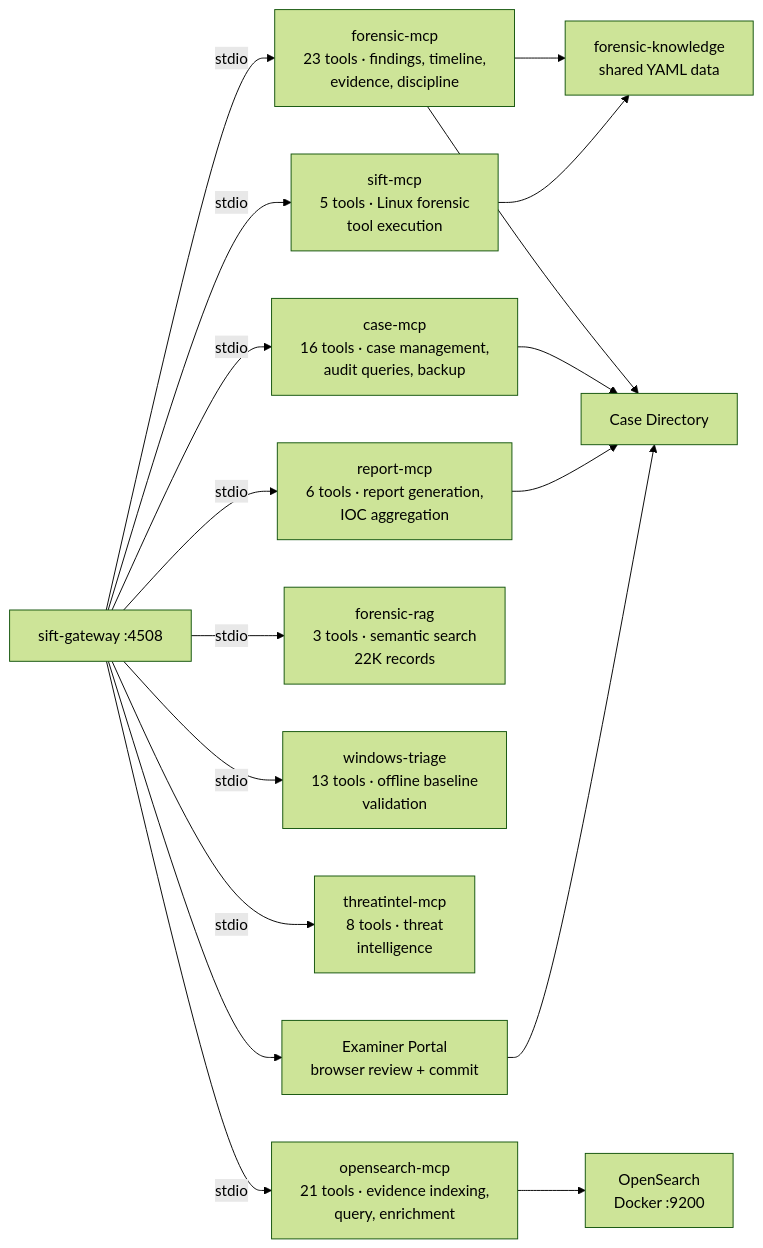
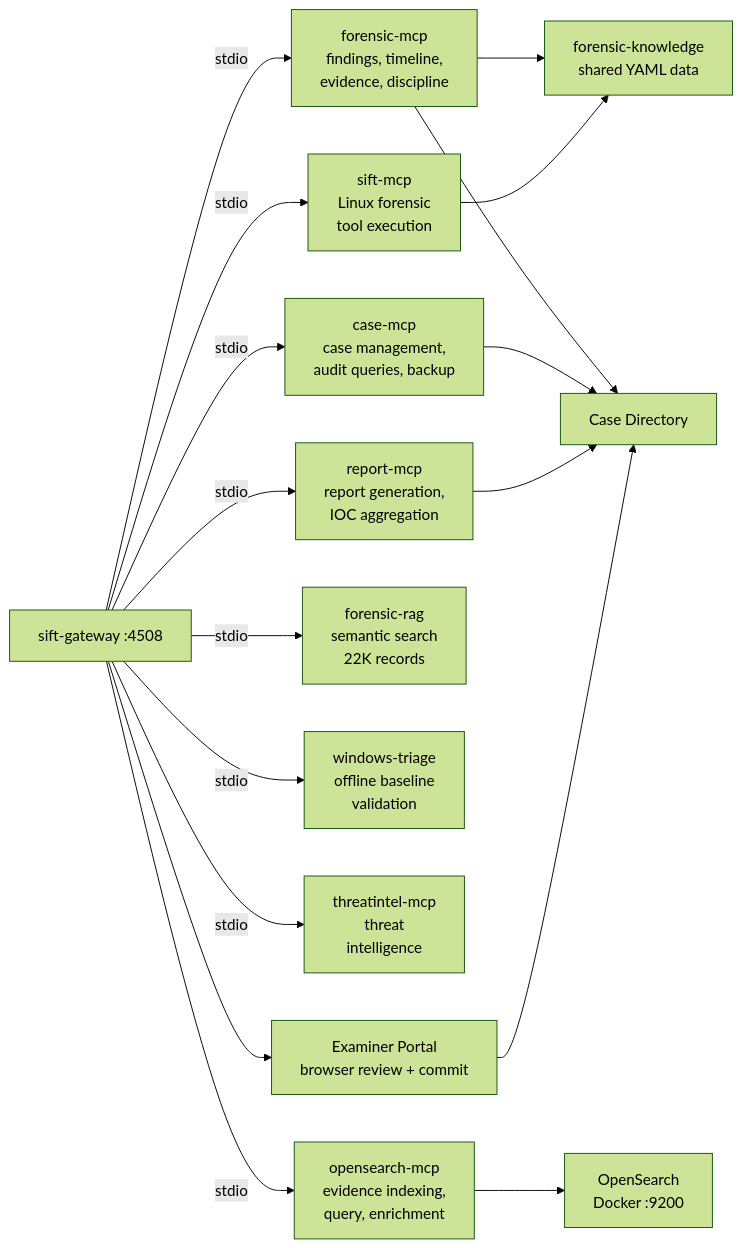
Before and after one commit to AppliedIR/Valhuntir: the second of 6 diagrams in README.md, drawn with Mermaid (forest theme). The commit also changed other lines of this file and 8 other files, not shown here.

Commit message:
Docs: drop tool counts, correct setup and portal commands, add updating and indexing reference

````diff
--- a/README.md
+++ b/README.md
@@ -116,34 +116,34 @@
 ```mermaid
 graph LR
     GW["sift-gateway :4508"]
 
-    FM["forensic-mcp<br/>23 tools · findings, timeline,<br/>evidence, discipline"]
-    CM["case-mcp<br/>16 tools · case management,<br/>audit queries, backup"]
-    RM["report-mcp<br/>6 tools · report generation,<br/>IOC aggregation"]
-    SM["sift-mcp<br/>5 tools · Linux forensic<br/>tool execution"]
-    RAG["forensic-rag<br/>3 tools · semantic search<br/>22K records"]
-    WT["windows-triage<br/>13 tools · offline baseline<br/>validation"]
-    OC["threatintel-mcp<br/>8 tools · threat<br/>intelligence"]
-    OS["opensearch-mcp<br/>21 tools · evidence indexing,<br/>query, enrichment"]
+    FM["forensic-mcp<br/>findings, timeline,<br/>evidence, discipline"]
+    CM["case-mcp<br/>case management,<br/>audit queries, backup"]
+    RM["report-mcp<br/>report generation,<br/>IOC aggregation"]
+    SM["sift-mcp<br/>Linux forensic<br/>tool execution"]
+    RAG["forensic-rag<br/>semantic search<br/>22K records"]
+    WT["windows-triage<br/>offline baseline<br/>validation"]
+    OC["threatintel-mcp<br/>threat<br/>intelligence"]
+    OS["opensearch-mcp<br/>evidence indexing,<br/>query, enrichment"]
     CD["Examiner Portal<br/>browser review + commit"]
     FK["forensic-knowledge<br/>shared YAML data"]
     CASE["Case Directory"]
     OSD["OpenSearch<br/>Docker :9200"]
 
     GW -->|stdio| FM
     GW -->|stdio| CM
     GW -->|stdio| RM
     GW -->|stdio| SM
     GW -->|stdio| RAG
     GW -->|stdio| WT
     GW -->|stdio| OC
     GW -->|stdio| OS
     GW --> CD
     FM --> FK
     SM --> FK
     FM --> CASE
     CM --> CASE
     RM --> CASE
     CD --> CASE
     OS --> OSD
 ```
````
